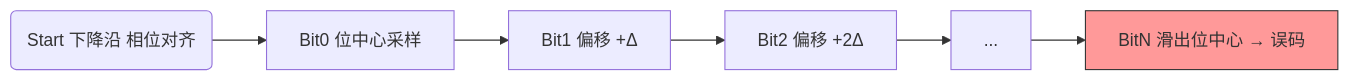
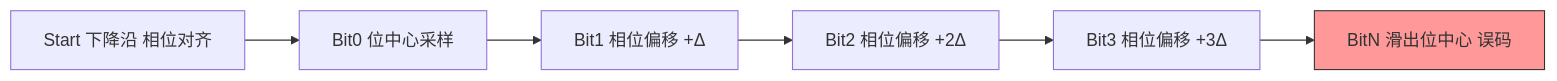
Before and after one commit to 1208826038/embedded-skill-notes: the fourth of 15 diagrams in articles/p05-uart.md, drawn with Mermaid. The commit also changed other lines of this file, not shown here.

````diff
--- a/articles/p05-uart.md
+++ b/articles/p05-uart.md
@@ -89,9 +188,9 @@
 ```mermaid
 flowchart LR
-    S(Start 下降沿 相位对齐) --> B0[Bit0 位中心采样]
-    B0 --> B1[Bit1 偏移 +Δ]
-    B1 --> B2[Bit2 偏移 +2Δ]
-    B2 --> B3[...]
-    B3 --> Bn[BitN 滑出位中心 → 误码]
+    S[Start 下降沿 相位对齐] --> B0[Bit0 位中心采样]
+    B0 --> B1[Bit1 相位偏移 +Δ]
+    B1 --> B2[Bit2 相位偏移 +2Δ]
+    B2 --> B3[Bit3 相位偏移 +3Δ]
+    B3 --> Bn[BitN 滑出位中心 误码]
     style Bn fill:#f99,stroke:#333
 ```
````
